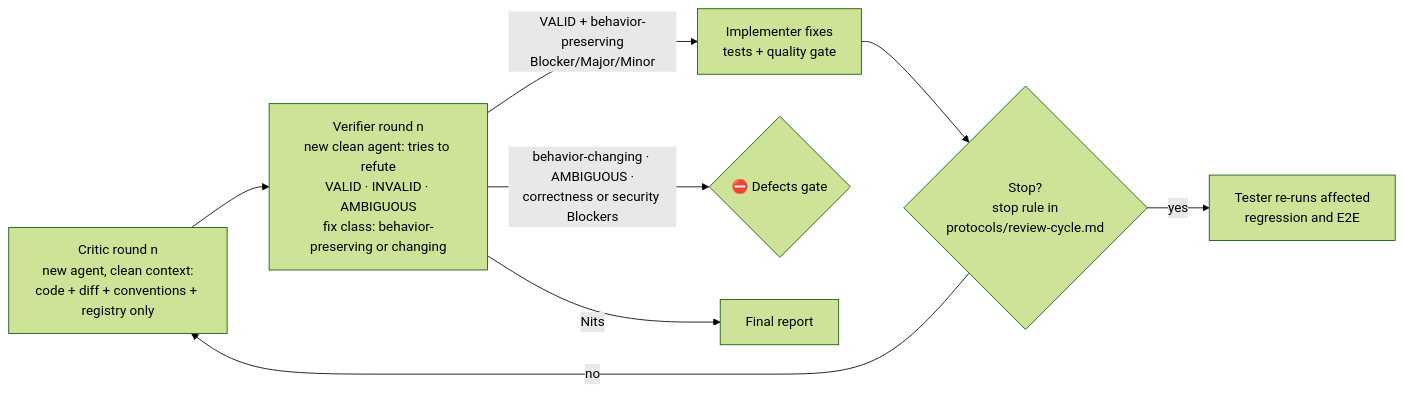
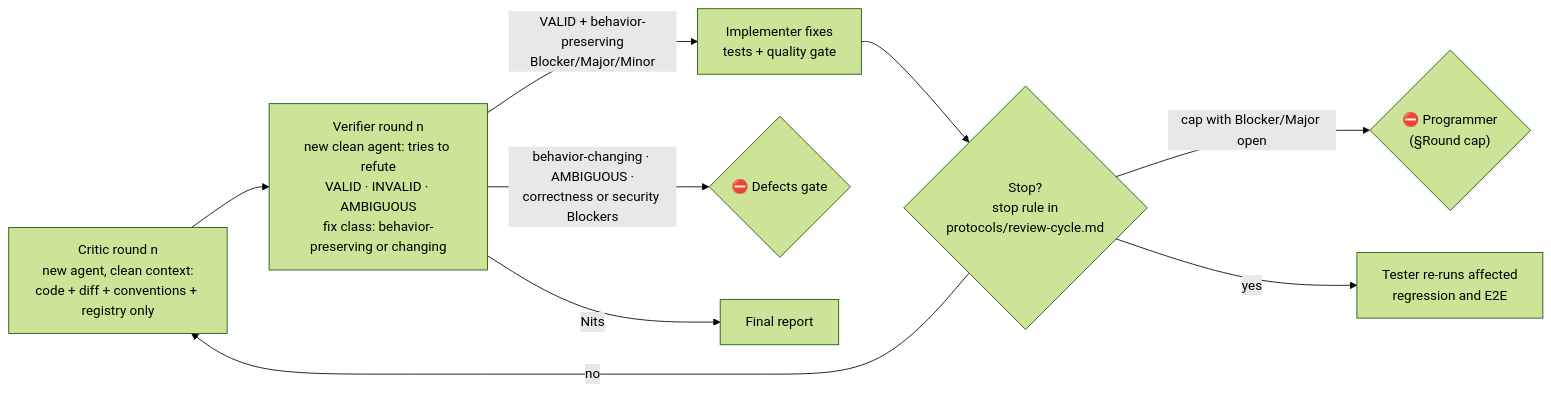
The eighth of 12 diagrams in docs/architecture.md (mariopedemonte12/claude-feature-workflow), drawn with Mermaid (forest theme) before and after one commit. The commit also changed other lines of this file and 17 other files, not shown here.

Commit message:
minors-and-nits: round cap in its own section, docs and tests pointing to it, relay notes cleanup, shared test helpers

````diff
--- a/docs/architecture.md
+++ b/docs/architecture.md
@@ -297,10 +297,11 @@
 ```mermaid
 flowchart LR
     C["Critic round n<br/>new agent, clean context:<br/>code + diff + conventions + registry only"] --> V["Verifier round n<br/>new clean agent: tries to refute<br/>VALID · INVALID · AMBIGUOUS<br/>fix class: behavior-preserving or changing"]
     V -->|"VALID + behavior-preserving<br/>Blocker/Major/Minor"| I["Implementer fixes<br/>tests + quality gate"]
     V -->|"behavior-changing · AMBIGUOUS ·<br/>correctness or security Blockers"| G{"⛔ Defects gate"}
     V -->|"Nits"| FRP["Final report"]
     I --> STOP{"Stop?<br/>stop rule in<br/>protocols/review-cycle.md"}
     STOP -->|"no"| C
+    STOP -->|"cap with Blocker/Major open"| H{"⛔ Programmer<br/>(§Round cap)"}
     STOP -->|"yes"| RT["Tester re-runs affected<br/>regression and E2E"]
 ```
````
